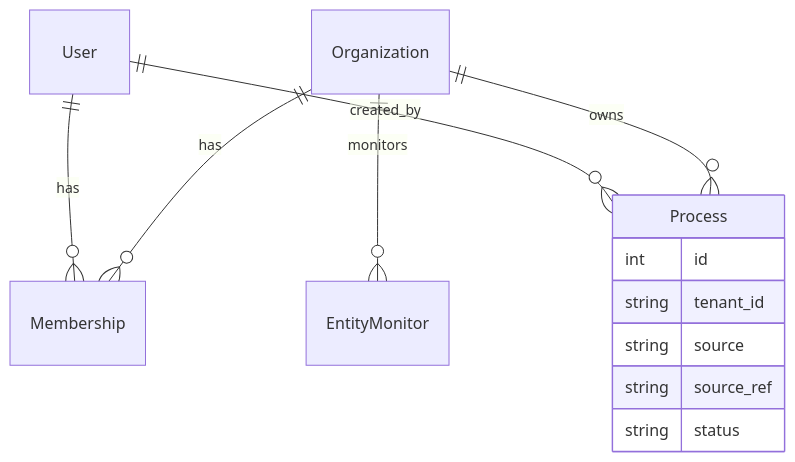
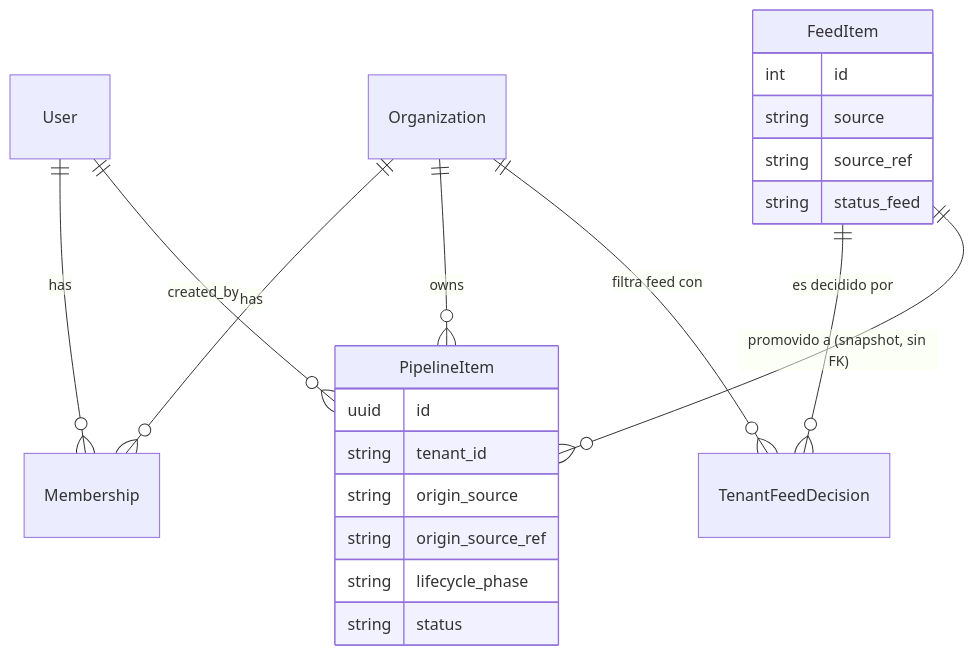
One commit to rmichelena/tender_workflows changed the diagram in docs/MULTI_TENANCY.md. Above: the diagram before and after it, drawn with Mermaid. The commit also changed other lines of this file and 4 other files, not shown here.

First line of the commit message:
docs: define ingest plugin contract, feed/pipeline split and multi-tenant layering

````diff
--- a/docs/MULTI_TENANCY.md
+++ b/docs/MULTI_TENANCY.md
@@ -22,15 +40,24 @@
 ```mermaid
 erDiagram
   Organization ||--o{ Membership : has
   User ||--o{ Membership : has
-  Organization ||--o{ Process : owns
-  User ||--o{ Process : created_by
-  Organization ||--o{ EntityMonitor : monitors
-  Process {
+  Organization ||--o{ PipelineItem : owns
+  User ||--o{ PipelineItem : created_by
+  Organization ||--o{ TenantFeedDecision : "filtra feed con"
+  FeedItem ||--o{ TenantFeedDecision : "es decidido por"
+  FeedItem ||--o{ PipelineItem : "promovido a (snapshot, sin FK)"
+  FeedItem {
     int id
-    string tenant_id
     string source
     string source_ref
+    string status_feed
+  }
+  PipelineItem {
+    uuid id
+    string tenant_id
+    string origin_source
+    string origin_source_ref
+    string lifecycle_phase
     string status
   }
 ```
````
